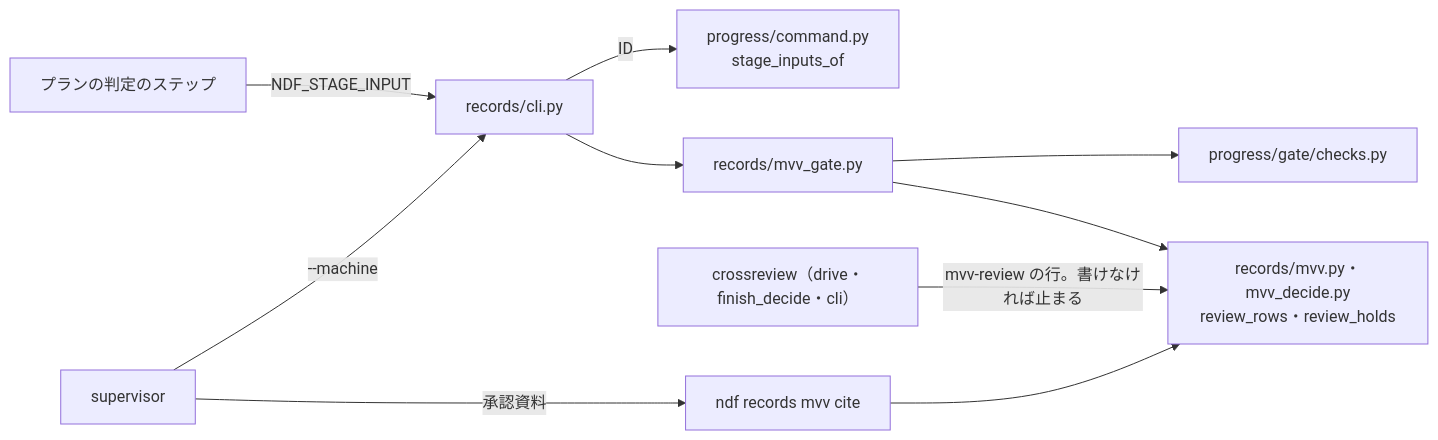
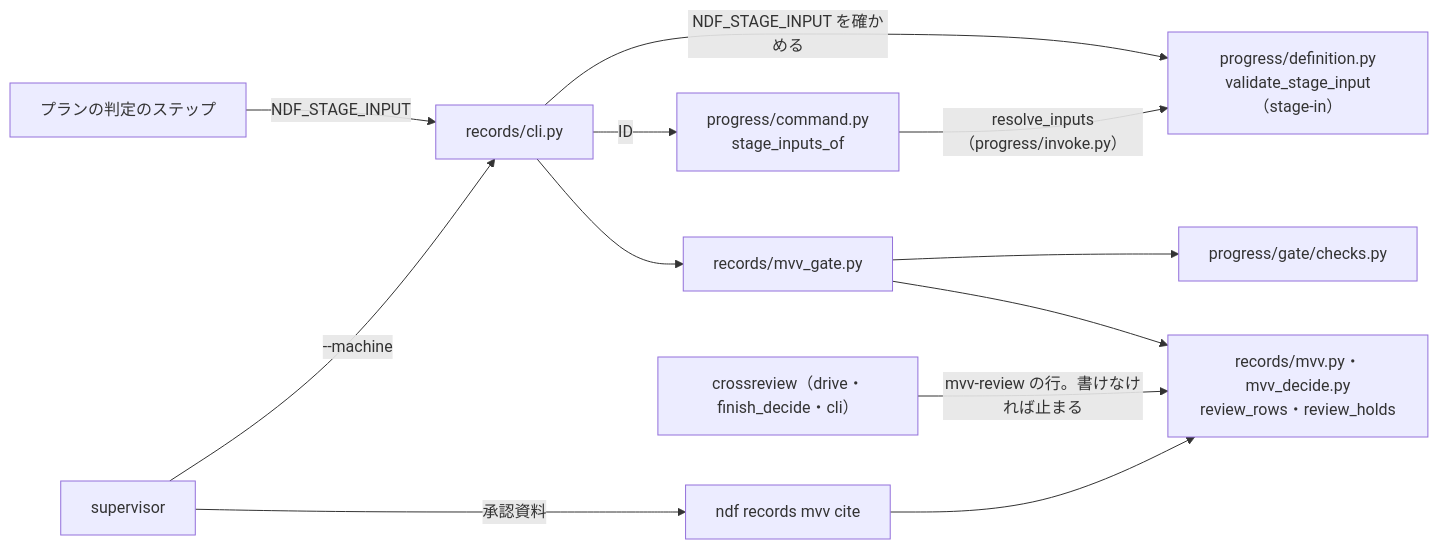
The fourth of 4 diagrams in issues/issue-3959-4055-design.md (devbasex/ai-plugins), drawn with Mermaid before and after one commit. The commit also changed other lines of this file and 3 other files, not shown here.

````diff
--- a/issues/issue-3959-4055-design.md
+++ b/issues/issue-3959-4055-design.md
@@ -162,12 +169,14 @@
 ```mermaid
 graph LR
   PL["プランの判定のステップ"] -->|NDF_STAGE_INPUT| CLI["records/cli.py"]
   SV["supervisor"] -->|--machine| CLI
   CLI -->|ID| CMD["progress/command.py<br>stage_inputs_of"]
+  CLI -->|NDF_STAGE_INPUT を確かめる| VS["progress/definition.py<br>validate_stage_input（stage-in）"]
+  CMD -->|resolve_inputs（progress/invoke.py）| VS
   CLI --> GT["records/mvv_gate.py"]
   GT --> CH["progress/gate/checks.py"]
   GT --> RR["records/mvv.py・mvv_decide.py<br>review_rows・review_holds"]
   CR["crossreview（drive・finish_decide・cli）"] -->|mvv-review の行。書けなければ止まる| RR
   SV -->|承認資料| CITE["ndf records mvv cite"]
   CITE --> RR
 ```
````
